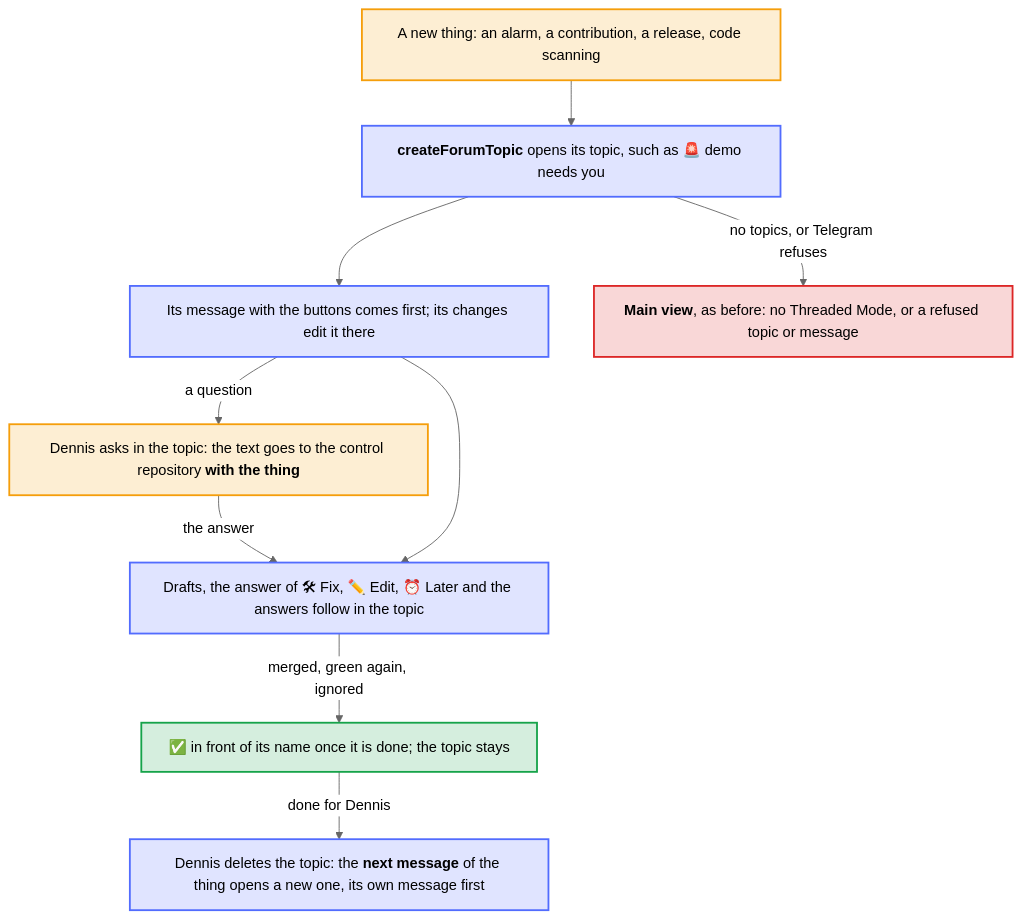
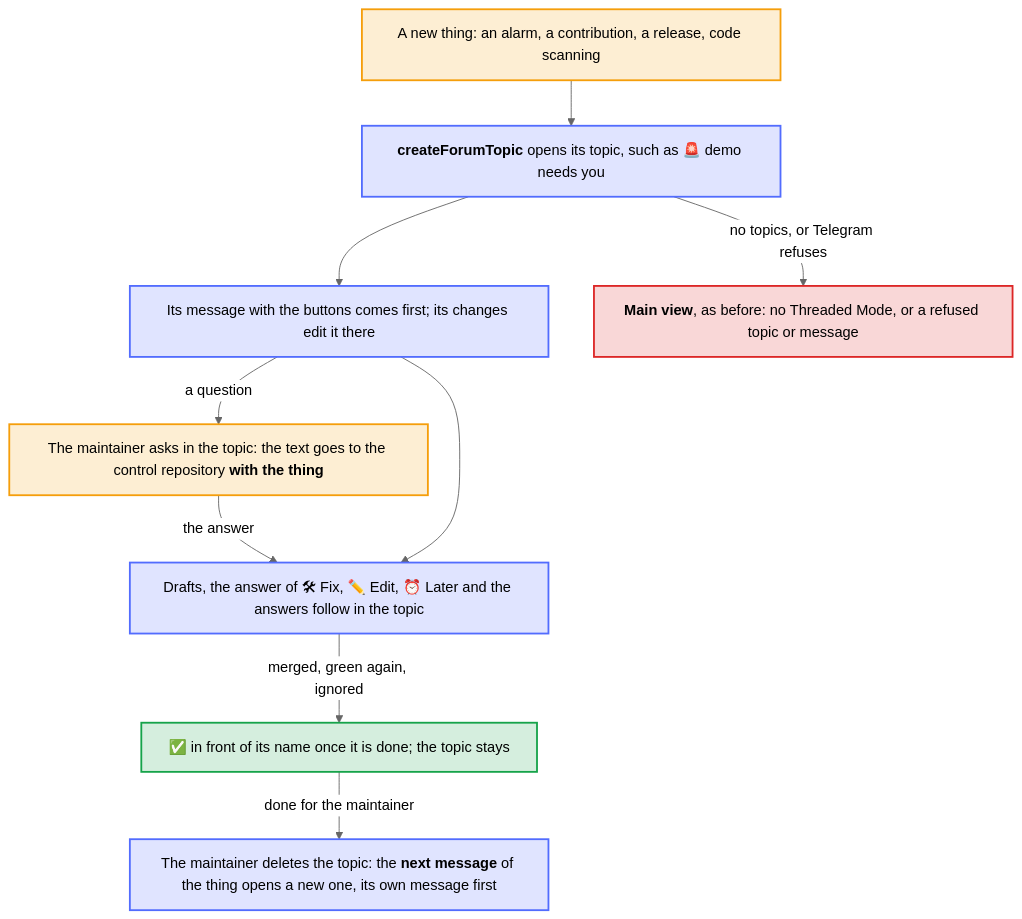
The diagram in docs/diagrams/a-topic-per-thing.mmd (Dennis-Otto/dennis-otto-pager), drawn with Mermaid (neutral theme) before and after one commit. The commit also changed 146 other files, not shown here.

First line of the commit message:
feat: Dennis Otto Pager is now Repo Pager, a pager that anyone runs for their own repositories (#110)

```diff
--- a/docs/diagrams/a-topic-per-thing.mmd
+++ b/docs/diagrams/a-topic-per-thing.mmd
@@ -1,35 +1,35 @@
 ---
 config:
   flowchart:
     wrappingWidth: 400
 ---
 flowchart TB
     accTitle: A topic per thing
-    accDescr: A new thing, such as an alarm, a contribution or a release, opens a topic of its own in the chat, named after its repository and what it is. Its message with the buttons comes first, and its changes edit it there. Its drafts, the answer of Fix, the prompt of Edit, what Later brings back and the answers to what Dennis asks in the topic follow in it; his question goes to the control repository together with the thing. Once the thing is done, its topic gets a check mark in front of its name and stays. When Dennis deletes the topic, the next message of the thing opens a new one, with the thing's own message first. Without Threaded Mode, or when Telegram refuses the topic or a message in it, the thing goes on in the main view, as before.
+    accDescr: A new thing, such as an alarm, a contribution or a release, opens a topic of its own in the chat, named after its repository and what it is. Its message with the buttons comes first, and its changes edit it there. Its drafts, the answer of Fix, the prompt of Edit, what Later brings back and the answers to what the maintainer asks in the topic follow in it; their question goes to the control repository together with the thing. Once the thing is done, its topic gets a check mark in front of its name and stays. When the maintainer deletes the topic, the next message of the thing opens a new one, with the thing's own message first. Without Threaded Mode, or when Telegram refuses the topic or a message in it, the thing goes on in the main view, as before.
 
     thing["A new thing: an alarm, a contribution, a release, code scanning"]
     open["`**createForumTopic** opens its topic, such as 🚨 demo needs you`"]
     first["`Its message with the buttons comes first; its changes edit it there`"]
-    ask["`Dennis asks in the topic: the text goes to the control repository **with the thing**`"]
+    ask["`The maintainer asks in the topic: the text goes to the control repository **with the thing**`"]
     more["`Drafts, the answer of 🛠 Fix, ✏️ Edit, ⏰ Later and the answers follow in the topic`"]
     done["`**✅** in front of its name once it is done; the topic stays`"]
-    gone["`Dennis deletes the topic: the **next message** of the thing opens a new one, its own message first`"]
+    gone["`The maintainer deletes the topic: the **next message** of the thing opens a new one, its own message first`"]
     main["`**Main view**, as before: no Threaded Mode, or a refused topic or message`"]
 
     thing --> open
     open --> first
     first -- "a question" --> ask
     ask -- "the answer" --> more
     first --> more
     more -- "merged, green again, ignored" --> done
-    done -- "done for Dennis" --> gone
+    done -- "done for the maintainer" --> gone
     open -- "no topics, or Telegram refuses" --> main
 
     classDef you fill:#f59e0b2e,stroke:#f59e0b,stroke-width:2px
     classDef bot fill:#526cfe2e,stroke:#526cfe,stroke-width:2px
     classDef done fill:#16a34a2e,stroke:#16a34a,stroke-width:2px
     classDef warn fill:#dc26262e,stroke:#dc2626,stroke-width:2px
     class thing,ask you
     class open,first,more,gone bot
     class done done
     class main warn
```
